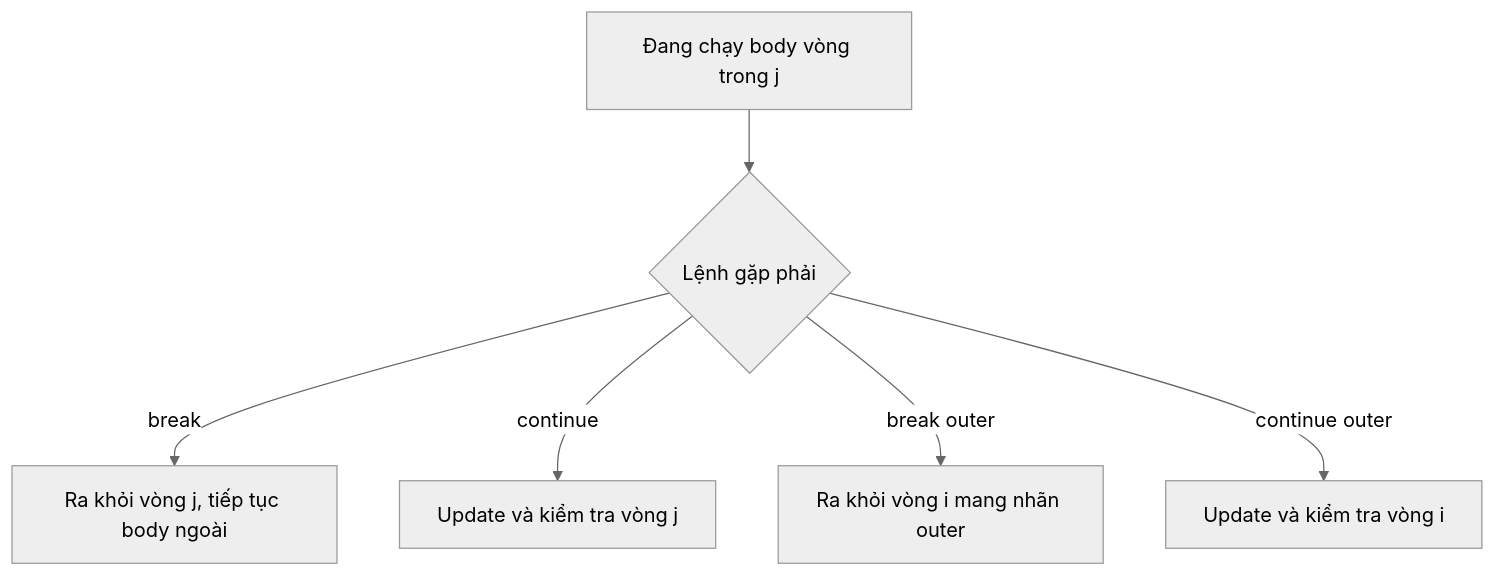
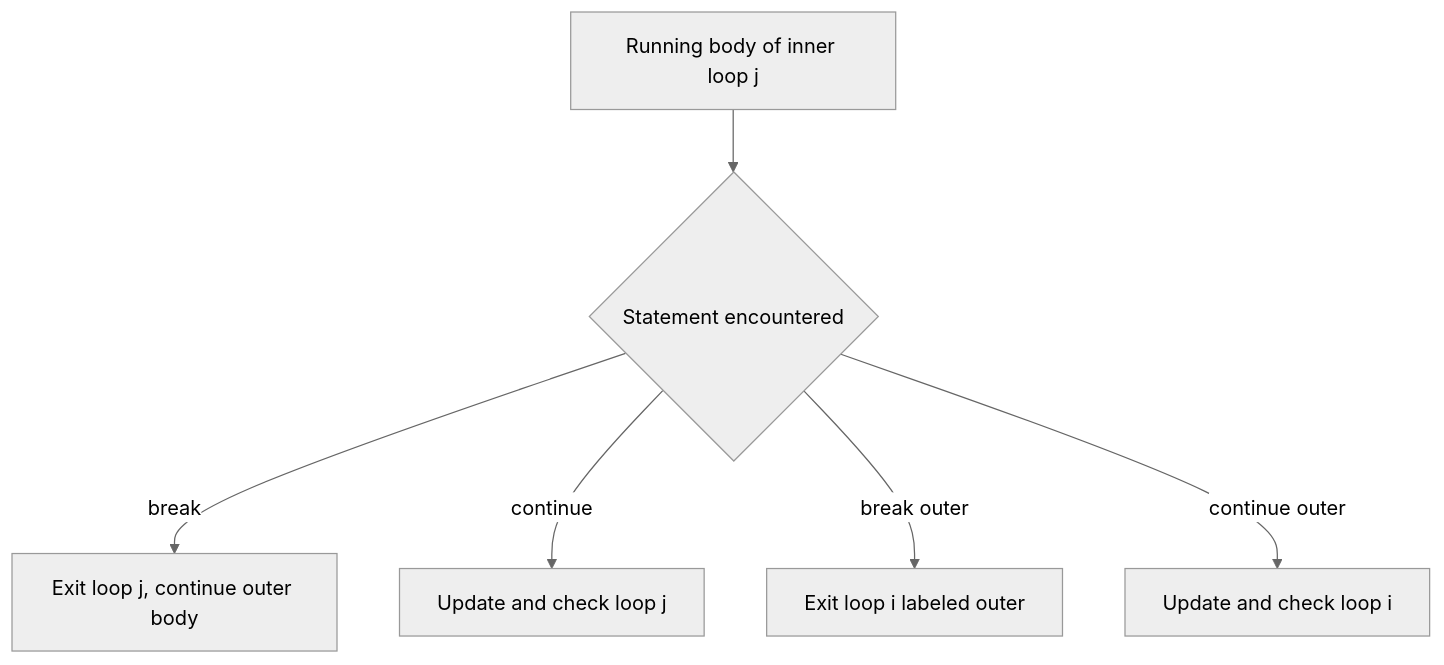
One commit to phuongnguyenit93/learning-platform-data changed the diagram in module/platform/development/programming/language/java/core/language-basics/content/knowledge/en/23.iteration-and-control-flow/iteration-and-control-flow-006.md. Above: the diagram before and after it, drawn with Mermaid (neutral theme). The commit also changed other lines of this file and 2307 other files, not shown here.

```diff
--- a/module/platform/development/programming/language/java/core/language-basics/content/knowledge/en/23.iteration-and-control-flow/iteration-and-control-flow-006.md
+++ b/module/platform/development/programming/language/java/core/language-basics/content/knowledge/en/23.iteration-and-control-flow/iteration-and-control-flow-006.md
@@ -194,8 +194,8 @@
 ~~~mermaid
 flowchart TD
-    A["Đang chạy body vòng trong j"] --> B{"Lệnh gặp phải"}
-    B -- "break" --> C["Ra khỏi vòng j, tiếp tục body ngoài"]
-    B -- "continue" --> D["Update và kiểm tra vòng j"]
-    B -- "break outer" --> E["Ra khỏi vòng i mang nhãn outer"]
-    B -- "continue outer" --> F["Update và kiểm tra vòng i"]
+    A["Running body of inner loop j"] --> B{"Statement encountered"}
+    B -- "break" --> C["Exit loop j, continue outer body"]
+    B -- "continue" --> D["Update and check loop j"]
+    B -- "break outer" --> E["Exit loop i labeled outer"]
+    B -- "continue outer" --> F["Update and check loop i"]
 ~~~
```
